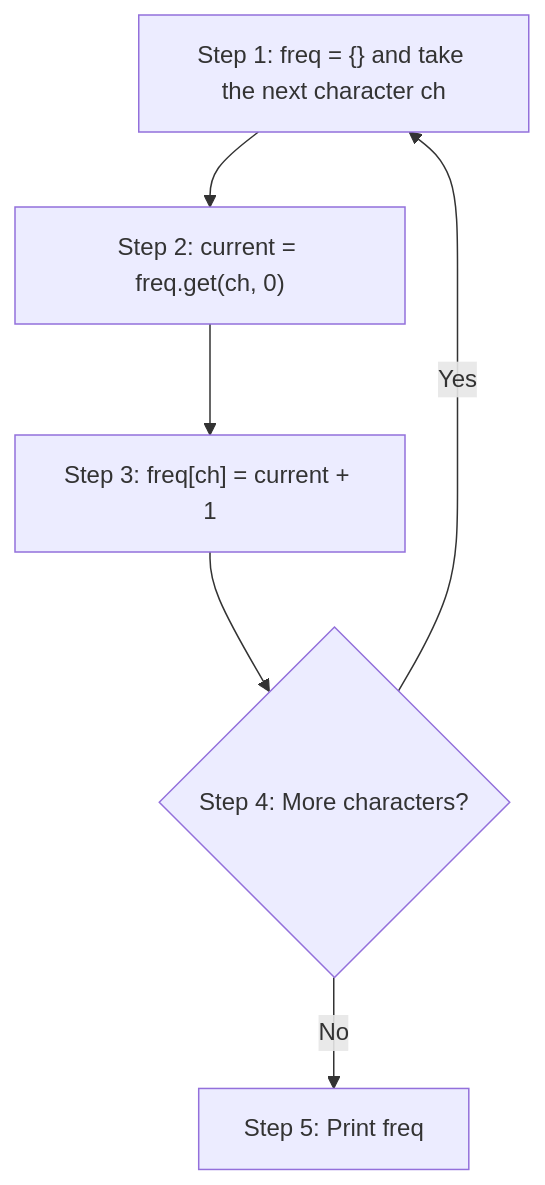
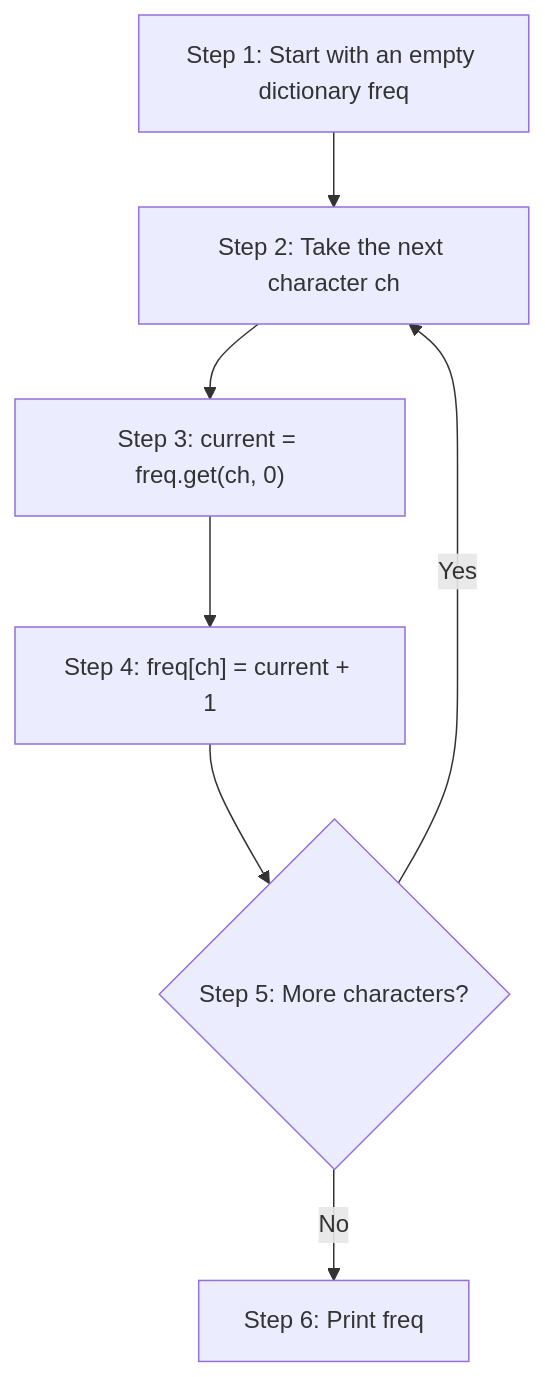
One commit to ag999git/001-mkdocs changed the eighth of 9 diagrams in docs/19-tuples-dicts-sets/90-ch19-dictionary-scripting-qa.md. Above: the diagram before and after it, drawn with Mermaid. The commit also changed other lines of this file, not shown here.

````diff
--- a/docs/19-tuples-dicts-sets/90-ch19-dictionary-scripting-qa.md
+++ b/docs/19-tuples-dicts-sets/90-ch19-dictionary-scripting-qa.md
@@ -1403,8 +1417,9 @@
 ```mermaid
 flowchart TD
-    A["Step 1: freq = {} and take the next character ch"] --> B["Step 2: current = freq.get(ch, 0)"]
-    B --> C["Step 3: freq[ch] = current + 1"]
-    C --> D{"Step 4: More characters?"}
-    D -- Yes --> A
-    D -- No --> E["Step 5: Print freq"]
+    A["Step 1: Start with an empty dictionary freq"] --> B["Step 2: Take the next character ch"]
+    B --> C["Step 3: current = freq.get(ch, 0)"]
+    C --> D["Step 4: freq[ch] = current + 1"]
+    D --> E{"Step 5: More characters?"}
+    E -- Yes --> B
+    E -- No --> F["Step 6: Print freq"]
 ```
````
